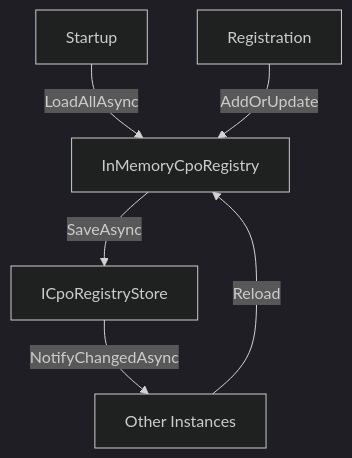
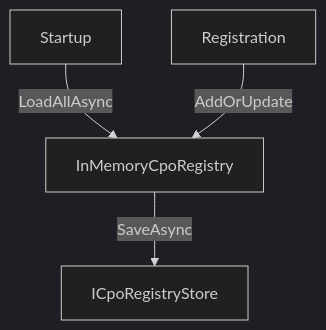
The diagram in docs/site/advanced/custom-registry-store.md (hannan-m/DotOcpi), drawn with Mermaid (dark theme) before and after one commit. The commit also changed other lines of this file and 25 other files, not shown here.

````diff
--- a/docs/site/advanced/custom-registry-store.md
+++ b/docs/site/advanced/custom-registry-store.md
@@ -180,8 +120,6 @@
 ```mermaid
 flowchart TD
     A[Startup] -->|LoadAllAsync| B[InMemoryCpoRegistry]
     C[Registration] -->|AddOrUpdate| B
     B -->|SaveAsync| D[ICpoRegistryStore]
-    D -->|NotifyChangedAsync| E[Other Instances]
-    E -->|Reload| B
 ```
````
